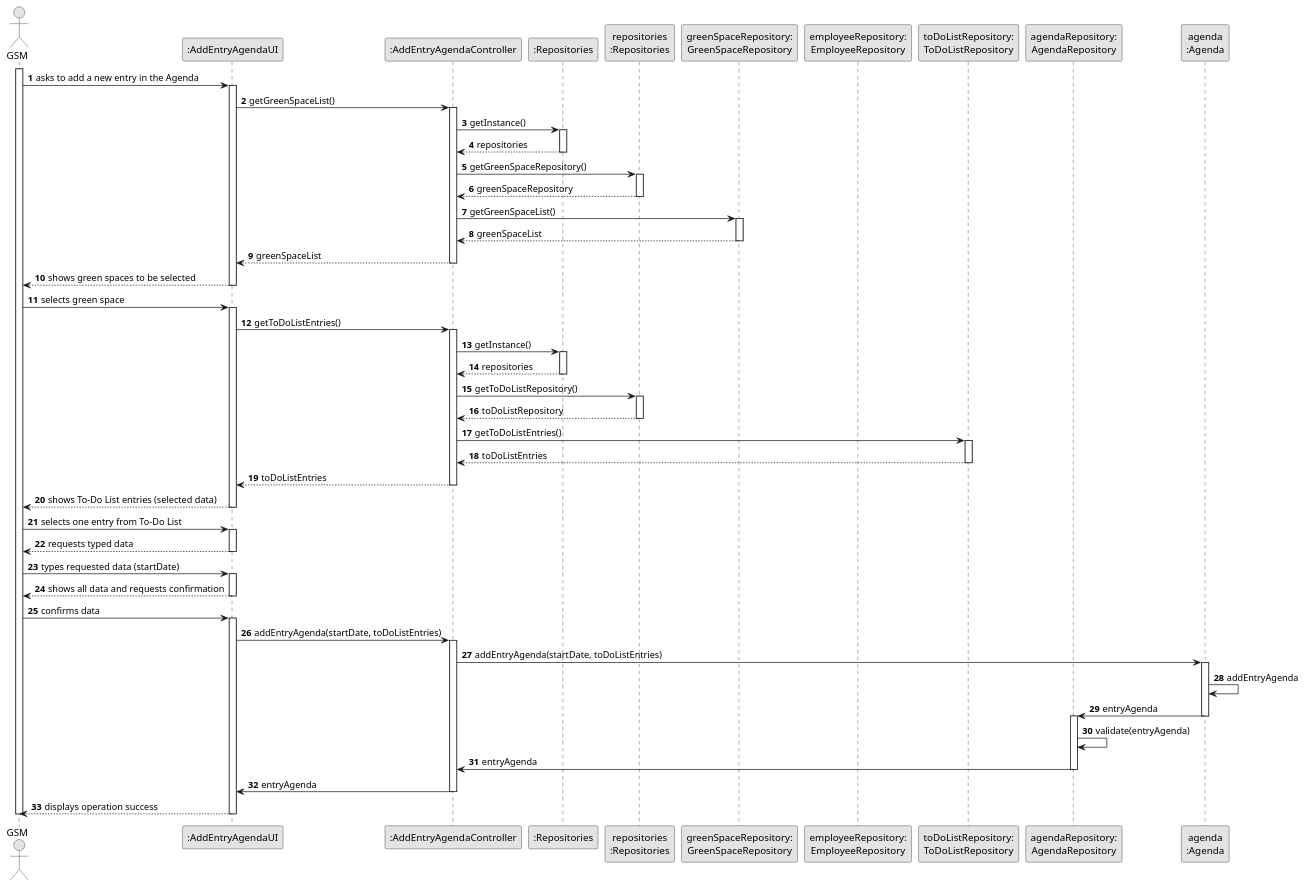
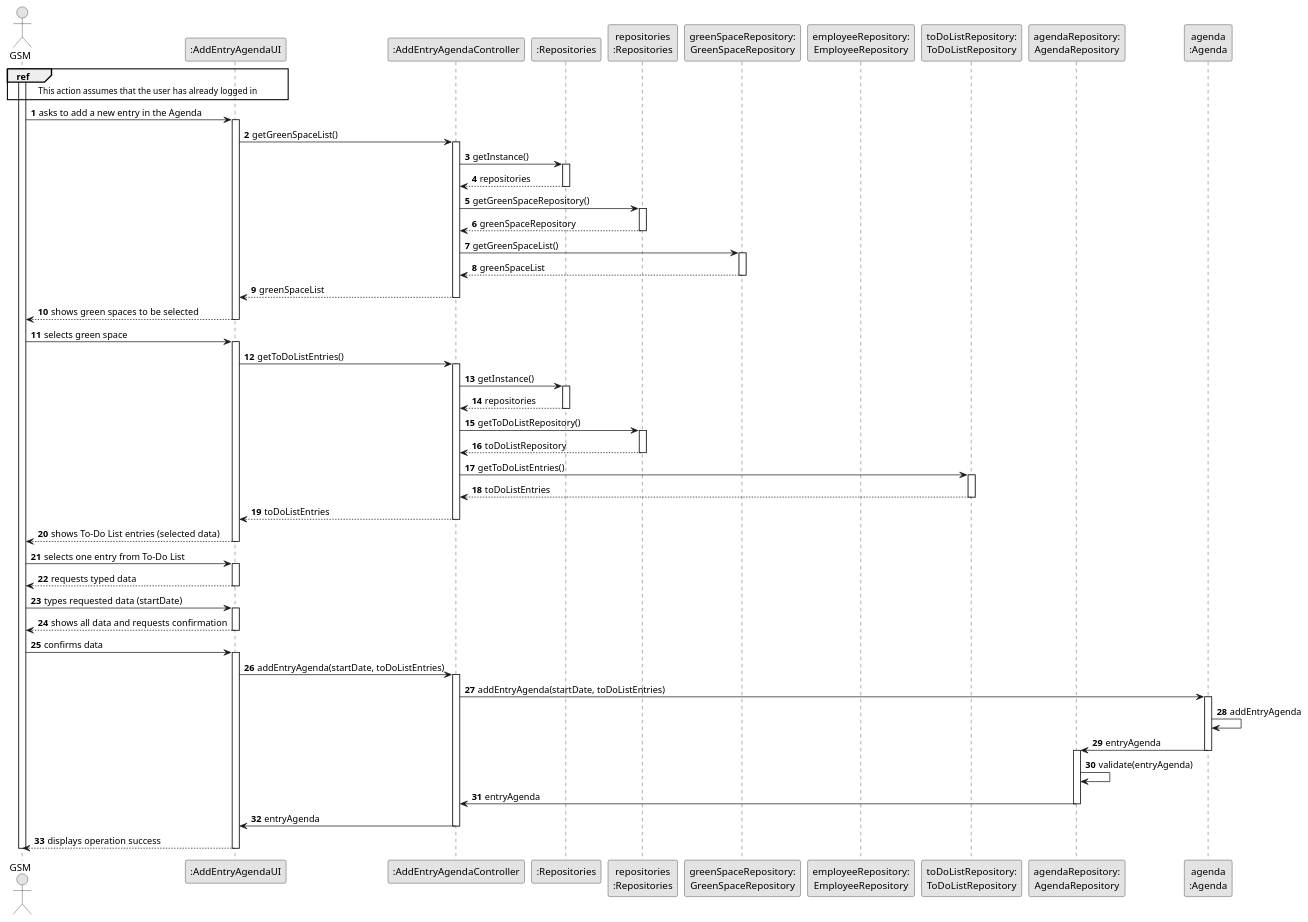
One commit to LopemigueISEP/lei-24-s2-1nb-g312 changed the diagram in docs/sprintC/US022/03.design/puml/us22-sequence-diagram-full.puml. Above: the diagram before and after it, drawn with PlantUML. The commit also changed 3 other files, not shown here.

```diff
--- a/docs/sprintC/US022/03.design/puml/us22-sequence-diagram-full.puml
+++ b/docs/sprintC/US022/03.design/puml/us22-sequence-diagram-full.puml
@@ -1,121 +1,122 @@
 @startuml
 skinparam monochrome true
 skinparam packageStyle rectangle
 skinparam shadowing false
 
 autonumber
 
 'hide footbox
 actor "GSM" as ADM
 participant ":AddEntryAgendaUI" as UI
 participant ":AddEntryAgendaController" as CTRL
 participant ":Repositories" as RepositorySingleton
 participant "repositories\n:Repositories" as PLAT
 participant "greenSpaceRepository:\nGreenSpaceRepository" as GreenSpaceRepository
 participant "employeeRepository:\nEmployeeRepository" as EmployeeRepository
 participant "toDoListRepository:\nToDoListRepository" as ToDoListRepository
 participant "agendaRepository:\nAgendaRepository" as AgendaRepository
 participant "agenda\n:Agenda" as TAREFA
 
 activate ADM
+ref over ADM, UI : This action assumes that the user has already logged in
 
         ADM -> UI :  asks to add a new entry in the Agenda
 
         activate UI
 
             UI -> CTRL : getGreenSpaceList()
             activate CTRL
 
                 CTRL -> RepositorySingleton : getInstance()
                 activate RepositorySingleton
 
                     RepositorySingleton --> CTRL: repositories
                 deactivate RepositorySingleton
 
                 CTRL -> PLAT : getGreenSpaceRepository()
                 activate PLAT
 
                     PLAT --> CTRL: greenSpaceRepository
                 deactivate PLAT
 
                 CTRL -> GreenSpaceRepository : getGreenSpaceList()
                 activate GreenSpaceRepository
 
                     GreenSpaceRepository --> CTRL : greenSpaceList
                 deactivate GreenSpaceRepository
 
                 CTRL --> UI : greenSpaceList
             deactivate CTRL
 
             UI --> ADM : shows green spaces to be selected
         deactivate UI
 
     ADM -> UI : selects green space
     activate UI
 
 UI -> CTRL : getToDoListEntries()
             activate CTRL
 
                 CTRL -> RepositorySingleton : getInstance()
                 activate RepositorySingleton
 
                     RepositorySingleton --> CTRL: repositories
                 deactivate RepositorySingleton
 
                 CTRL -> PLAT : getToDoListRepository()
                 activate PLAT
 
                     PLAT --> CTRL: toDoListRepository
                 deactivate PLAT
 
                 CTRL -> ToDoListRepository : getToDoListEntries()
                 activate ToDoListRepository
 
                     ToDoListRepository --> CTRL : toDoListEntries
                 deactivate ToDoListRepository
 
                 CTRL --> UI : toDoListEntries
             deactivate CTRL
 
             UI --> ADM : shows To-Do List entries (selected data)
         deactivate UI
 
     ADM -> UI : selects one entry from To-Do List
     activate UI
 
         UI --> ADM : requests typed data
     deactivate UI
 
     ADM -> UI : types requested data (startDate)
     activate UI
 
         UI --> ADM : shows all data and requests confirmation
     deactivate UI
 
     ADM -> UI : confirms data
     activate UI
 
         UI -> CTRL : addEntryAgenda(startDate, toDoListEntries)
         activate CTRL
 
 
             CTRL -> TAREFA: addEntryAgenda(startDate, toDoListEntries)
             activate TAREFA
 
 
                 TAREFA -> TAREFA : addEntryAgenda
 
                 TAREFA -> AgendaRepository : entryAgenda
                 deactivate TAREFA
                 activate AgendaRepository
                 AgendaRepository -> AgendaRepository : validate(entryAgenda)
                 AgendaRepository -> CTRL : entryAgenda
                 deactivate AgendaRepository
                 CTRL -> UI : entryAgenda
                 deactivate CTRL
             UI --> ADM: displays operation success
     deactivate UI
 
 deactivate ADM
 
 @enduml
```
